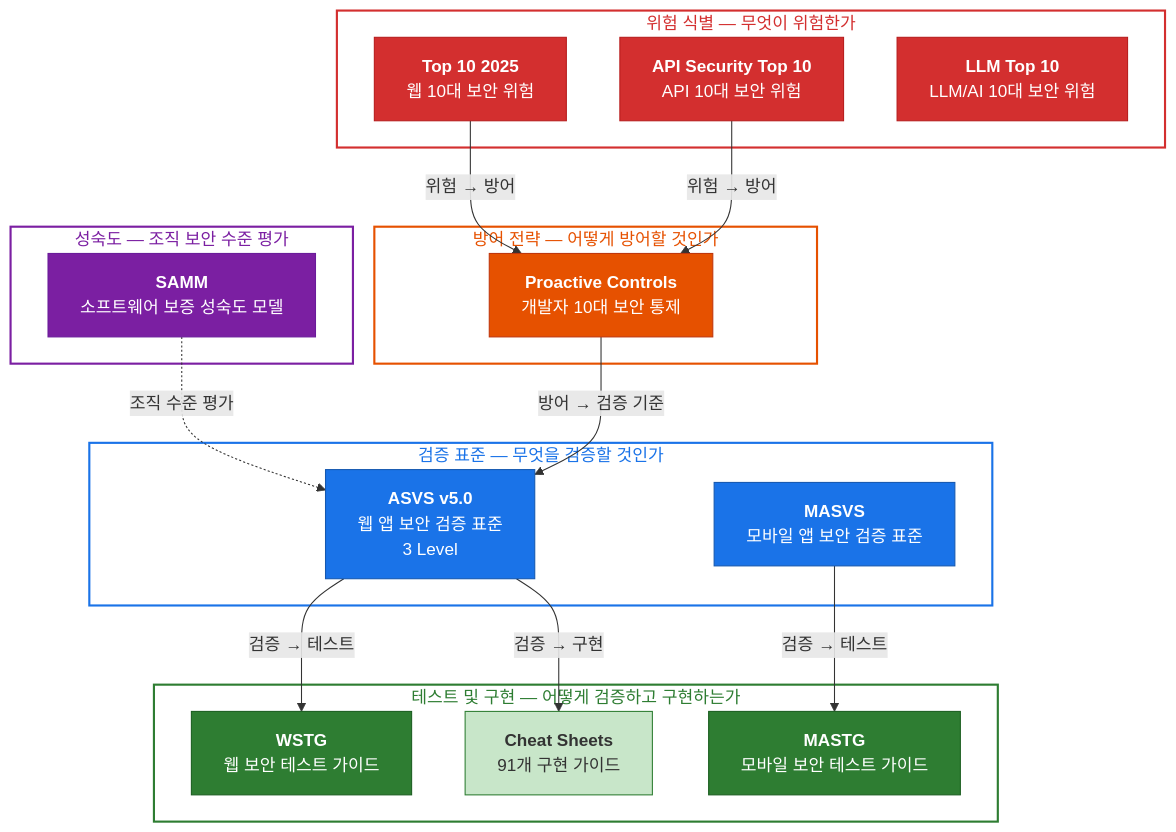
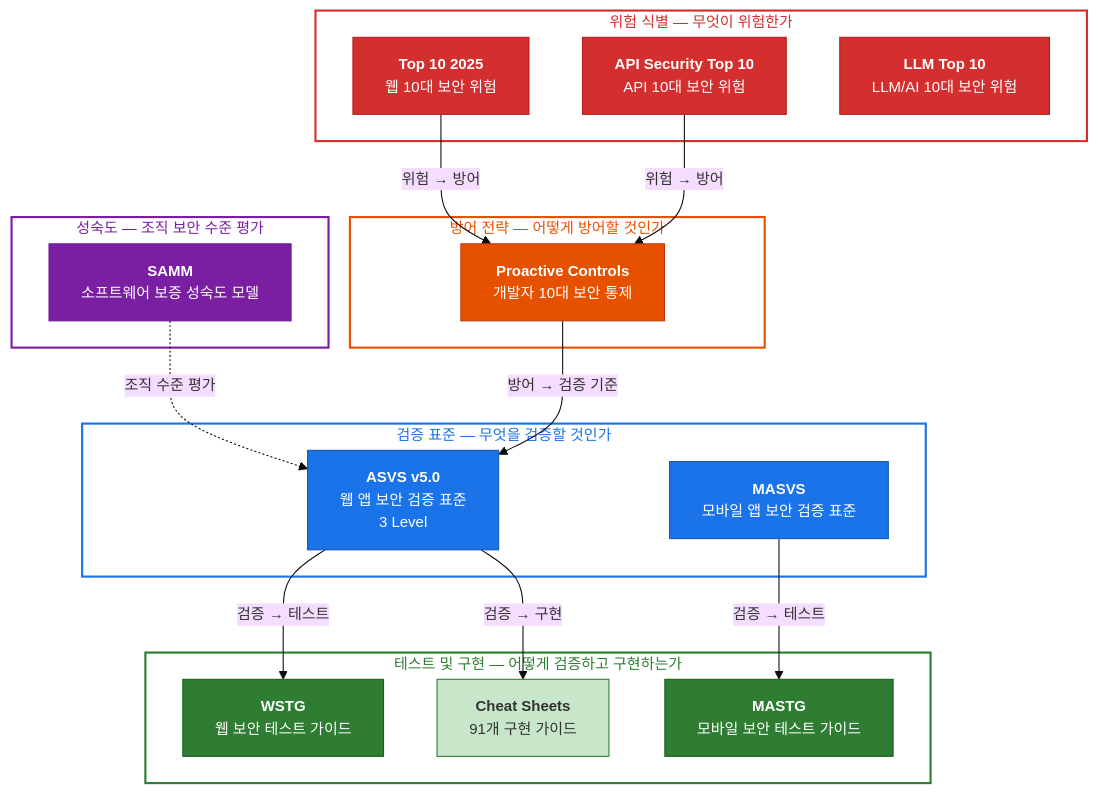
One commit to zer0-kr/security-framework changed the diagram in OWASP/README.md. Above: the diagram before and after it, drawn with Mermaid. The commit also changed 1 other file, not shown here.

Commit message:
Fix Mermaid text contrast: force base theme to respect inline color styles
Material theme's Mermaid integration overrides node text colors at render
time (baked into canvas/image output, not DOM). CSS cannot fix this.
Added %%{init: {'theme': 'base'}}%% to all 3 Mermaid diagrams so inline
style directives (color:#fff) are the sole color source.

````diff
--- a/OWASP/README.md
+++ b/OWASP/README.md
@@ -64,51 +64,52 @@
 ```mermaid
+%%{init: {'theme': 'base', 'themeVariables': {'fontSize': '14px'}}}%%
 flowchart TB
     subgraph L1["위험 식별 — 무엇이 위험한가"]
         TOP10["<b>Top 10 2025</b><br/>웹 10대 보안 위험"]
         API10["<b>API Security Top 10</b><br/>API 10대 보안 위험"]
         LLM10["<b>LLM Top 10</b><br/>LLM/AI 10대 보안 위험"]
     end
 
     subgraph L2["방어 전략 — 어떻게 방어할 것인가"]
         PC["<b>Proactive Controls</b><br/>개발자 10대 보안 통제"]
     end
 
     subgraph L3["검증 표준 — 무엇을 검증할 것인가"]
         ASVS["<b>ASVS v5.0</b><br/>웹 앱 보안 검증 표준<br/>3 Level"]
         MASVS["<b>MASVS</b><br/>모바일 앱 보안 검증 표준"]
     end
 
     subgraph L4["테스트 및 구현 — 어떻게 검증하고 구현하는가"]
         WSTG["<b>WSTG</b><br/>웹 보안 테스트 가이드"]
         MASTG["<b>MASTG</b><br/>모바일 보안 테스트 가이드"]
         CS["<b>Cheat Sheets</b><br/>91개 구현 가이드"]
     end
 
     subgraph L5["성숙도 — 조직 보안 수준 평가"]
         SAMM["<b>SAMM</b><br/>소프트웨어 보증 성숙도 모델"]
     end
 
     TOP10 -- "위험 → 방어" --> PC
     API10 -- "위험 → 방어" --> PC
     PC -- "방어 → 검증 기준" --> ASVS
     ASVS -- "검증 → 테스트" --> WSTG
     ASVS -- "검증 → 구현" --> CS
     MASVS -- "검증 → 테스트" --> MASTG
     SAMM -. "조직 수준 평가" .-> ASVS
 
     style L1 fill:none,stroke:#d32f2f,stroke-width:2px,color:#d32f2f
     style L2 fill:none,stroke:#e65100,stroke-width:2px,color:#e65100
     style L3 fill:none,stroke:#1a73e8,stroke-width:2px,color:#1a73e8
     style L4 fill:none,stroke:#2e7d32,stroke-width:2px,color:#2e7d32
     style L5 fill:none,stroke:#7b1fa2,stroke-width:2px,color:#7b1fa2
     style TOP10 fill:#d32f2f,stroke:#b71c1c,color:#fff
     style API10 fill:#d32f2f,stroke:#b71c1c,color:#fff
     style LLM10 fill:#d32f2f,stroke:#b71c1c,color:#fff
     style PC fill:#e65100,stroke:#bf360c,color:#fff
     style ASVS fill:#1a73e8,stroke:#1558b0,color:#fff
     style MASVS fill:#1a73e8,stroke:#1558b0,color:#fff
     style WSTG fill:#2e7d32,stroke:#1b5e20,color:#fff
     style MASTG fill:#2e7d32,stroke:#1b5e20,color:#fff
     style CS fill:#c8e6c9,stroke:#2e7d32,color:#333
     style SAMM fill:#7b1fa2,stroke:#6a1b9a,color:#fff
 ```
````
